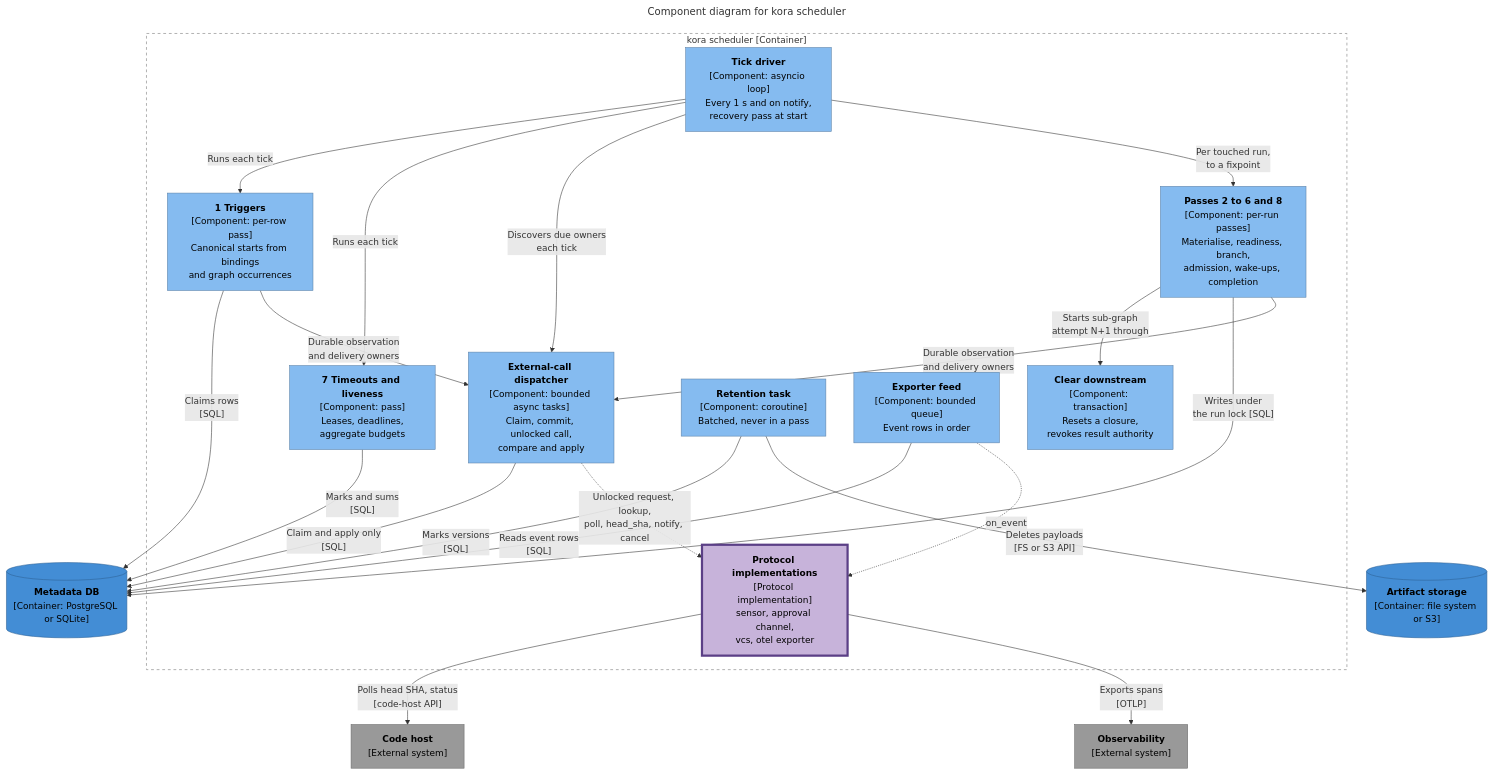
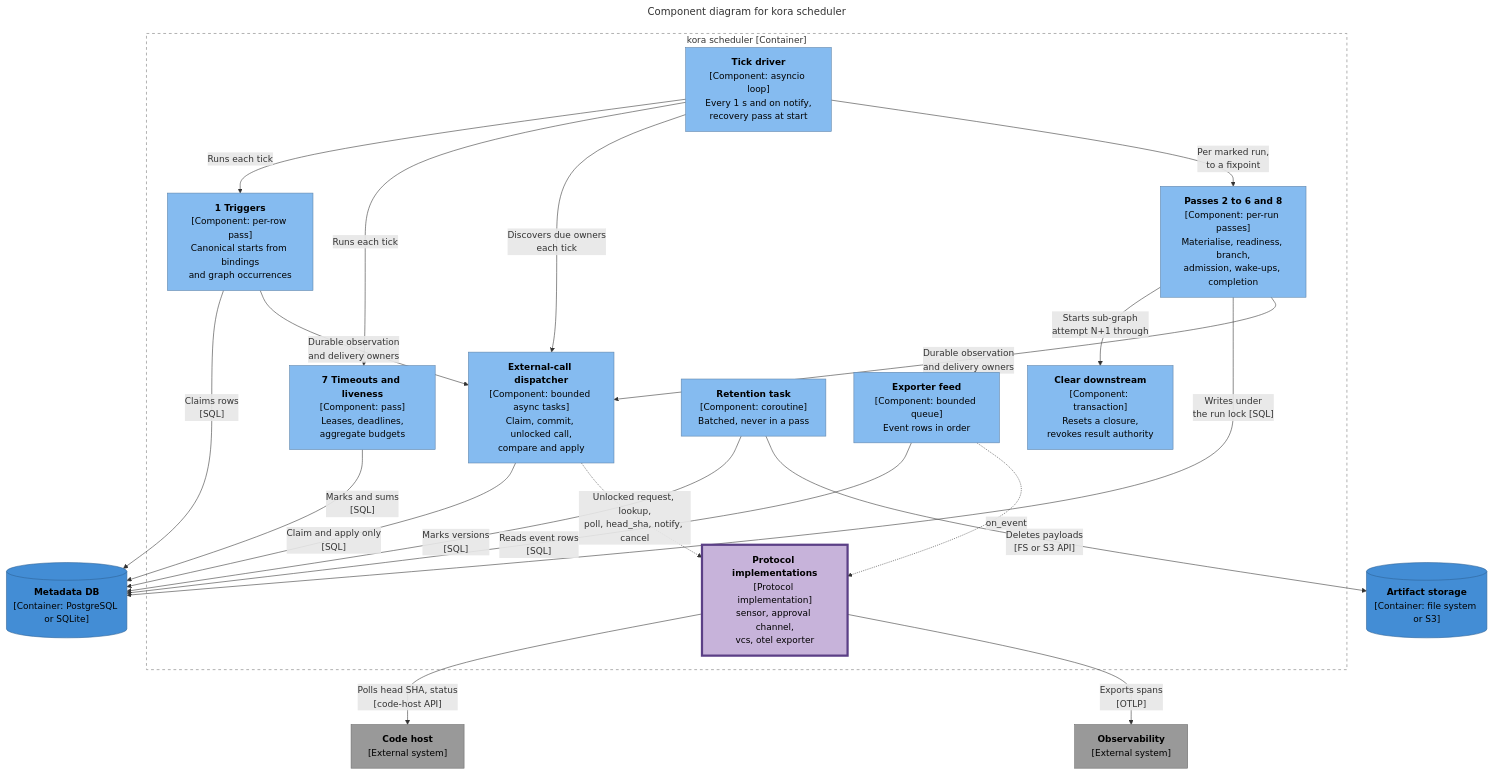
Diagram 20 of 24 in knowledge/architecture/internals.md (klukashka/kora), drawn with Mermaid before and after one commit. The commit also changed other lines of this file and 9 other files, not shown here.

Commit message:
Specify durable discovery of scheduler work

````diff
--- a/knowledge/architecture/internals.md
+++ b/knowledge/architecture/internals.md
@@ -1153,48 +1153,48 @@
 ```mermaid
 ---
 title: Component diagram for kora scheduler
 ---
 flowchart TB
   accTitle: Component diagram for kora scheduler
-  accDescr: The tick driver runs the trigger/timeout passes and revisits oldest pending promotion candidates each tick independently of touched-run filtering; for every touched run, the per-run passes under the run lock until no row changes. The per-run passes start a sub-graph attempt through clear downstream. Their database phases read/write Metadata DB; an external-call dispatcher claims durable owners, commits before invoking sensor/channel/VCS implementations, and compares current identity under locks before applying results. API retry handling commits channel-closure intent rather than calling a provider. The retention task marks versions in the Metadata DB and deletes expired payloads from artifact storage. The exporter feed reads event rows and hands them to the otel exporter, which exports spans.
+  accDescr: The tick driver runs the trigger/timeout passes and revisits oldest pending promotion candidates each tick independently of the run scheduling marker; for every durably marked run, the per-run passes run under the run lock to a fixed point. A locked fresh check acknowledges the marker, while the round cap retains unfinished work for a later finite sweep. The per-run passes start a sub-graph attempt through clear downstream. Their database phases read/write Metadata DB; an external-call dispatcher claims durable owners, commits before invoking sensor/channel/VCS implementations, and compares current identity under locks before applying results. API retry handling commits channel-closure intent rather than calling a provider. The retention task marks versions in the Metadata DB and deletes expired payloads from artifact storage. The exporter feed reads event rows and hands them to the otel exporter, which exports spans.
   classDef component fill:#85BBF0,stroke:#5D82A8,color:#000000
   classDef plugin fill:#C7B3DA,stroke:#5B3F86,stroke-width:4px,color:#000000
   classDef container fill:#438DD5,stroke:#2E6295,color:#000000
   classDef ext fill:#999999,stroke:#6B6B6B,color:#000000
 
   subgraph s ["kora scheduler [Container]"]
     tick["<b>Tick driver</b><br/>[Component: asyncio loop]<br/>Every 1 s and on notify,<br/>recovery pass at start"]:::component
     trig["<b>1 Triggers</b><br/>[Component: per-row pass]<br/>Canonical starts from bindings<br/>and graph occurrences"]:::component
     perrun["<b>Passes 2 to 6 and 8</b><br/>[Component: per-run passes]<br/>Materialise, readiness, branch,<br/>admission, wake-ups, completion"]:::component
     timeouts["<b>7 Timeouts and liveness</b><br/>[Component: pass]<br/>Leases, deadlines,<br/>aggregate budgets"]:::component
     clear["<b>Clear downstream</b><br/>[Component: transaction]<br/>Resets a closure,<br/>revokes result authority"]:::component
     dispatch["<b>External-call dispatcher</b><br/>[Component: bounded async tasks]<br/>Claim, commit, unlocked call,<br/>compare and apply"]:::component
     ret["<b>Retention task</b><br/>[Component: coroutine]<br/>Batched, never in a pass"]:::component
     feed["<b>Exporter feed</b><br/>[Component: bounded queue]<br/>Event rows in order"]:::component
     prov["<b>Protocol implementations</b><br/>[Protocol implementation]<br/>sensor, approval channel,<br/>vcs, otel exporter"]:::plugin
   end
   db[("<b>Metadata DB</b><br/>[Container: PostgreSQL or SQLite]")]:::container
   blobs[("<b>Artifact storage</b><br/>[Container: file system or S3]")]:::container
   codehost["<b>Code host</b><br/>[External system]"]:::ext
   obs["<b>Observability</b><br/>[External system]"]:::ext
 
   tick -->|"Runs each tick"| trig
   tick -->|"Runs each tick"| timeouts
   tick -->|"Discovers due owners<br/>each tick"| dispatch
-  tick -->|"Per touched run,<br/>to a fixpoint"| perrun
+  tick -->|"Per marked run,<br/>to a fixpoint"| perrun
   perrun -->|"Starts sub-graph<br/>attempt N+1 through"| clear
   trig -->|"Claims rows<br/>[SQL]"| db
   perrun -->|"Writes under<br/>the run lock [SQL]"| db
   timeouts -->|"Marks and sums<br/>[SQL]"| db
   trig & perrun -->|"Durable observation<br/>and delivery owners"| dispatch
   dispatch -->|"Claim and apply only<br/>[SQL]"| db
   dispatch -.->|"Unlocked request, lookup,<br/>poll, head_sha, notify, cancel"| prov
   ret -->|"Marks versions<br/>[SQL]"| db
   ret -->|"Deletes payloads<br/>[FS or S3 API]"| blobs
   feed -->|"Reads event rows<br/>[SQL]"| db
   feed -.->|"on_event"| prov
   prov -->|"Polls head SHA, status<br/>[code-host API]"| codehost
   prov -->|"Exports spans<br/>[OTLP]"| obs
 
   style s fill:none,stroke:#767676,stroke-dasharray:5 5
 ```
````
